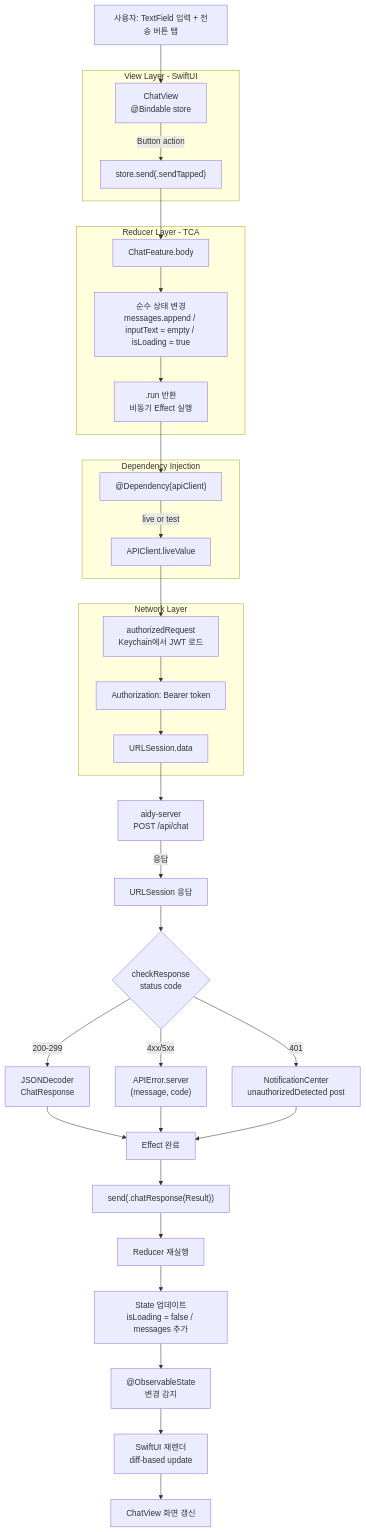
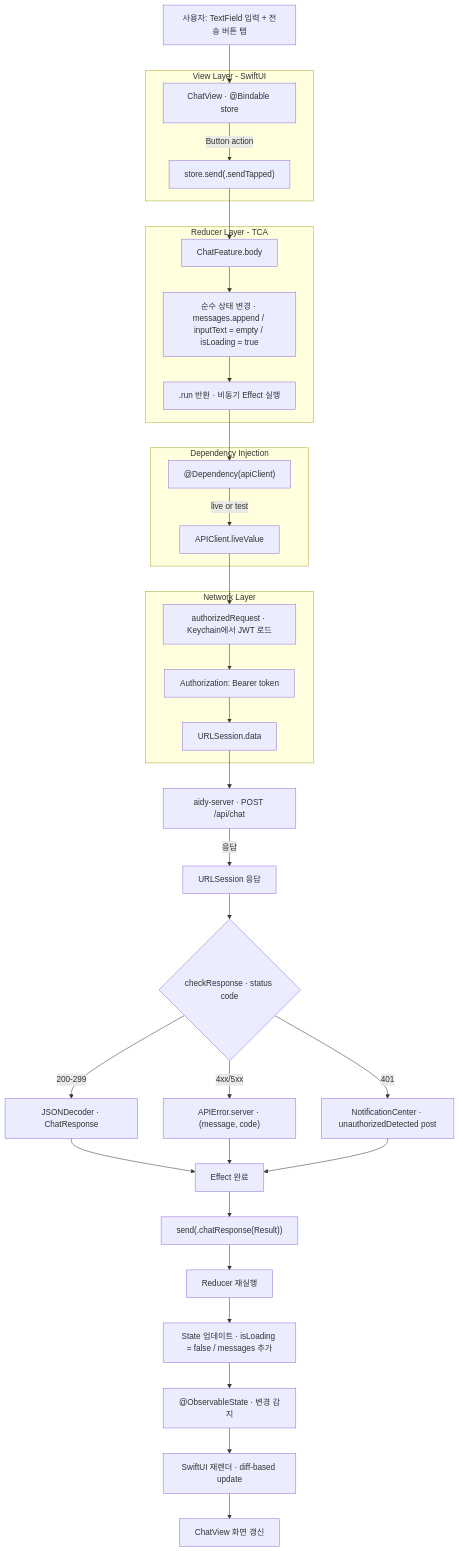
One commit to Mino777/ai-study changed the diagram in content/ios-ai/ios-flow-map-via-aidy-ios.mdx. Above: the diagram before and after it, drawn with Mermaid. The commit also changed 16 other files, not shown here.

First line of the commit message:
fix: Mermaid <br/> 렌더링 에러 근본 해결 — auto-fix 승격 + 전체 MDX 일괄 치환

````diff
--- a/content/ios-ai/ios-flow-map-via-aidy-ios.mdx
+++ b/content/ios-ai/ios-flow-map-via-aidy-ios.mdx
@@ -124,46 +124,46 @@
 ```mermaid
 flowchart TD
     User[사용자: TextField 입력 + 전송 버튼 탭]
 
     subgraph View ["View Layer - SwiftUI"]
-      CV["ChatView<br/>@Bindable store"]
+      CV["ChatView · @Bindable store"]
       CV -->|Button action| Dispatch["store.send(.sendTapped)"]
     end
 
     User --> CV
 
     subgraph Reducer ["Reducer Layer - TCA"]
       Dispatch --> R[ChatFeature.body]
-      R --> Pure["순수 상태 변경<br/>messages.append / inputText = empty / isLoading = true"]
-      Pure --> Effect[".run 반환<br/>비동기 Effect 실행"]
+      R --> Pure["순수 상태 변경 · messages.append / inputText = empty / isLoading = true"]
+      Pure --> Effect[".run 반환 · 비동기 Effect 실행"]
     end
 
     subgraph DI ["Dependency Injection"]
       Effect --> DepRes["@Dependency(apiClient)"]
       DepRes -->|live or test| Live[APIClient.liveValue]
     end
 
     subgraph Network ["Network Layer"]
-      Live --> Req["authorizedRequest<br/>Keychain에서 JWT 로드"]
+      Live --> Req["authorizedRequest · Keychain에서 JWT 로드"]
       Req --> Header["Authorization: Bearer token"]
       Header --> URLS[URLSession.data]
     end
 
-    URLS --> Server["aidy-server<br/>POST /api/chat"]
+    URLS --> Server["aidy-server · POST /api/chat"]
     Server -->|응답| URLS2[URLSession 응답]
-    URLS2 --> Check{"checkResponse<br/>status code"}
-    Check -->|401| Notif["NotificationCenter<br/>unauthorizedDetected post"]
-    Check -->|4xx/5xx| APIErr["APIError.server<br/>(message, code)"]
-    Check -->|200-299| Decode["JSONDecoder<br/>ChatResponse"]
+    URLS2 --> Check{"checkResponse · status code"}
+    Check -->|401| Notif["NotificationCenter · unauthorizedDetected post"]
+    Check -->|4xx/5xx| APIErr["APIError.server · (message, code)"]
+    Check -->|200-299| Decode["JSONDecoder · ChatResponse"]
 
     Decode --> Result[Effect 완료]
     APIErr --> Result
     Notif --> Result
 
     Result --> Back["send(.chatResponse(Result))"]
     Back --> R2[Reducer 재실행]
-    R2 --> StateUpdate["State 업데이트<br/>isLoading = false / messages 추가"]
-    StateUpdate --> Obs["@ObservableState<br/>변경 감지"]
-    Obs --> SwiftUI["SwiftUI 재렌더<br/>diff-based update"]
+    R2 --> StateUpdate["State 업데이트 · isLoading = false / messages 추가"]
+    StateUpdate --> Obs["@ObservableState · 변경 감지"]
+    Obs --> SwiftUI["SwiftUI 재렌더 · diff-based update"]
     SwiftUI --> UIFinal[ChatView 화면 갱신]
 ```
````
